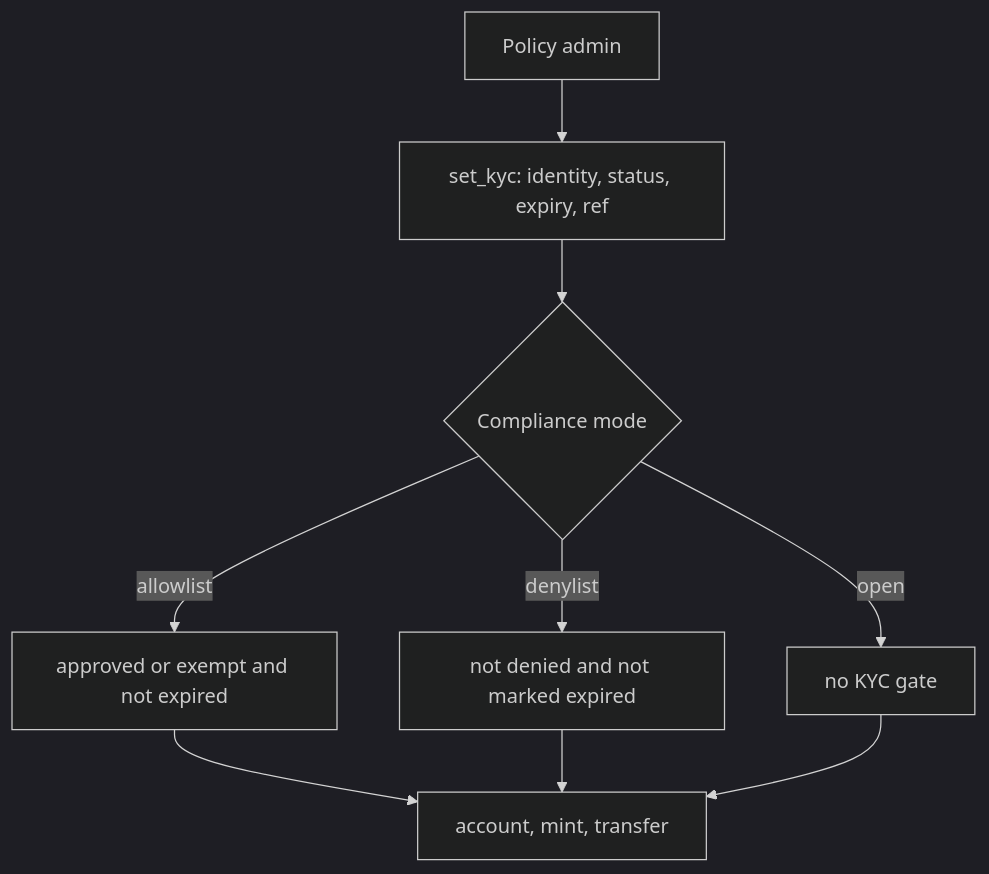
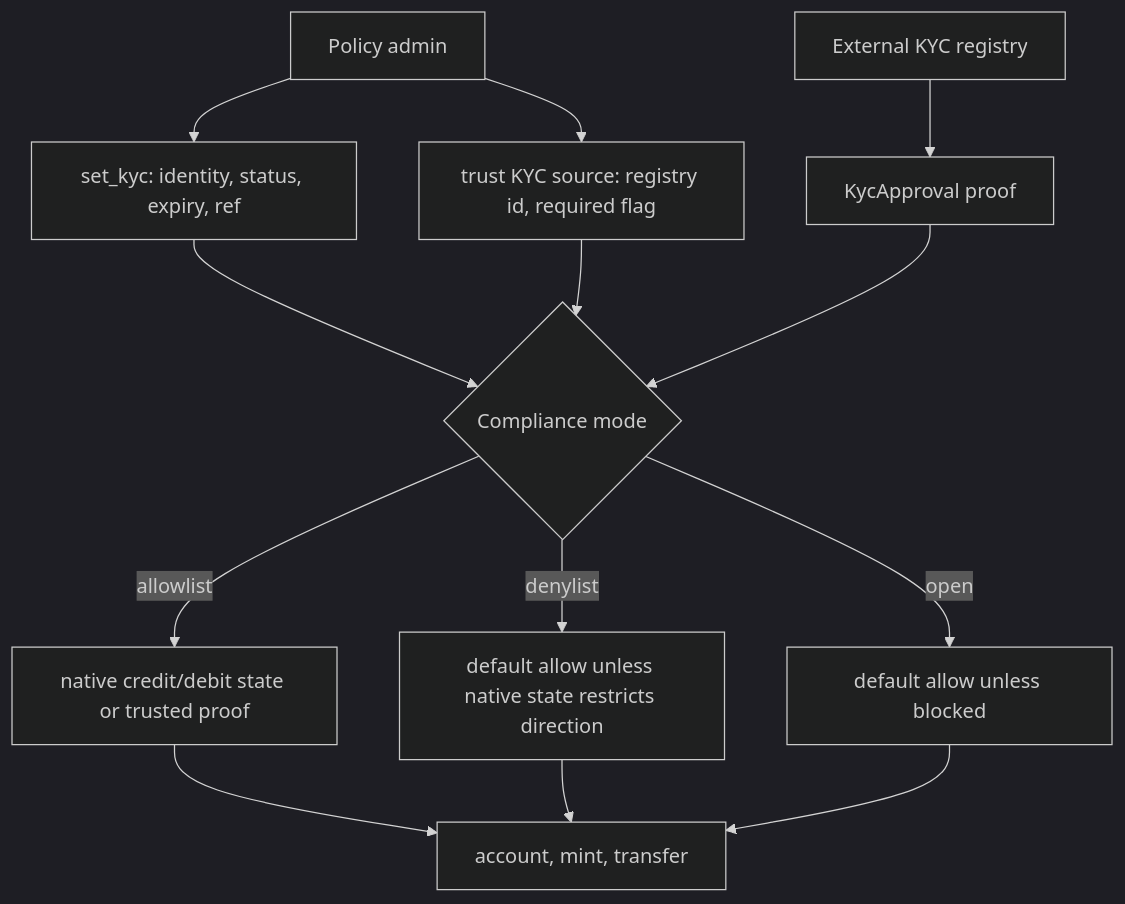
Before and after one commit to 92GC/regulated-account: the first of 2 diagrams in README.md, drawn with Mermaid (dark theme). The commit also changed other lines of this file and 59 other files, not shown here.

````diff
--- a/README.md
+++ b/README.md
@@ -28,11 +34,15 @@
 ```mermaid
 flowchart TD
     admin[Policy admin] --> kyc[set_kyc: identity, status, expiry, ref]
+    admin --> trust[trust KYC source: registry id, required flag]
+    registry[External KYC registry] --> proof[KycApproval proof]
     kyc --> mode{Compliance mode}
-    mode -->|allowlist| allow[approved or exempt and not expired]
-    mode -->|denylist| deny[not denied and not marked expired]
-    mode -->|open| open[no KYC gate]
+    proof --> mode
+    trust --> mode
+    mode -->|allowlist| allow[native credit/debit state or trusted proof]
+    mode -->|denylist| deny[default allow unless native state restricts direction]
+    mode -->|open| open[default allow unless blocked]
     allow --> op[account, mint, transfer]
     deny --> op
     open --> op
 ```
````
